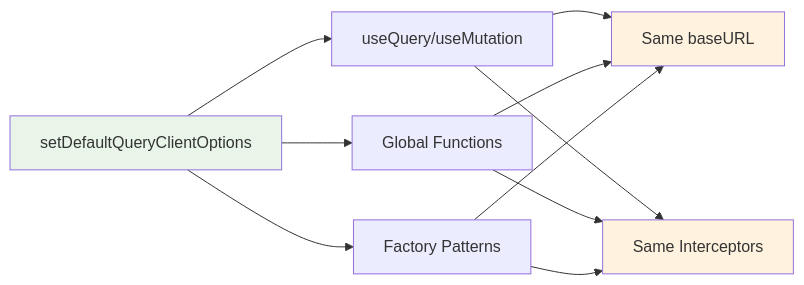
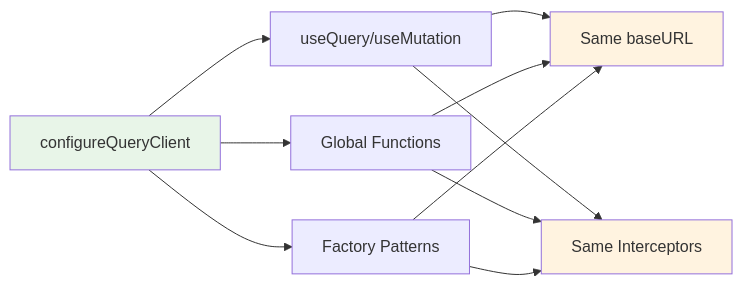
One commit to newExpand/next-unified-query changed the fifth of 6 diagrams in USER_GUIDE.md. Above: the diagram before and after it, drawn with Mermaid. The commit also changed other lines of this file and 22 other files, not shown here.

````diff
--- a/USER_GUIDE.md
+++ b/USER_GUIDE.md
@@ -471,18 +518,18 @@
 ```mermaid
 graph LR
-    A[setDefaultQueryClientOptions] --> B[useQuery/useMutation]
+    A[configureQueryClient] --> B[useQuery/useMutation]
     A --> C[Global Functions]
     A --> D[Factory Patterns]
     
     B --> E[Same baseURL]
     C --> E
     D --> E
     
     B --> F[Same Interceptors]
     C --> F
     D --> F
     
     style A fill:#e8f5e8
     style E fill:#fff3e0
     style F fill:#fff3e0
 ```
````
